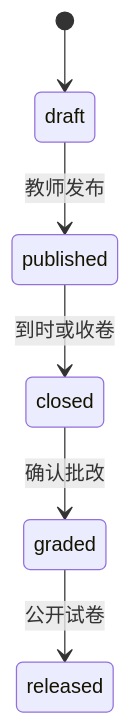
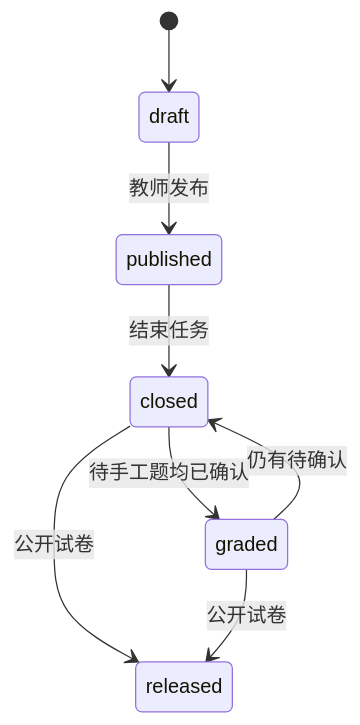
One commit to MorningSun-Hu/Online-Examination-System changed the third of 3 diagrams in .monkeycode/docs/ARCHITECTURE.md. Above: the diagram before and after it, drawn with Mermaid. The commit also changed other lines of this file and 30 other files, not shown here.

````diff
--- a/.monkeycode/docs/ARCHITECTURE.md
+++ b/.monkeycode/docs/ARCHITECTURE.md
@@ -120,8 +120,10 @@
 ```mermaid
 stateDiagram-v2
     [*] --> draft
     draft --> published: 教师发布
-    published --> closed: 到时或收卷
-    closed --> graded: 确认批改
+    published --> closed: 结束任务
+    closed --> graded: 待手工题均已确认
+    graded --> closed: 仍有待确认
+    closed --> released: 公开试卷
     graded --> released: 公开试卷
 ```
````
